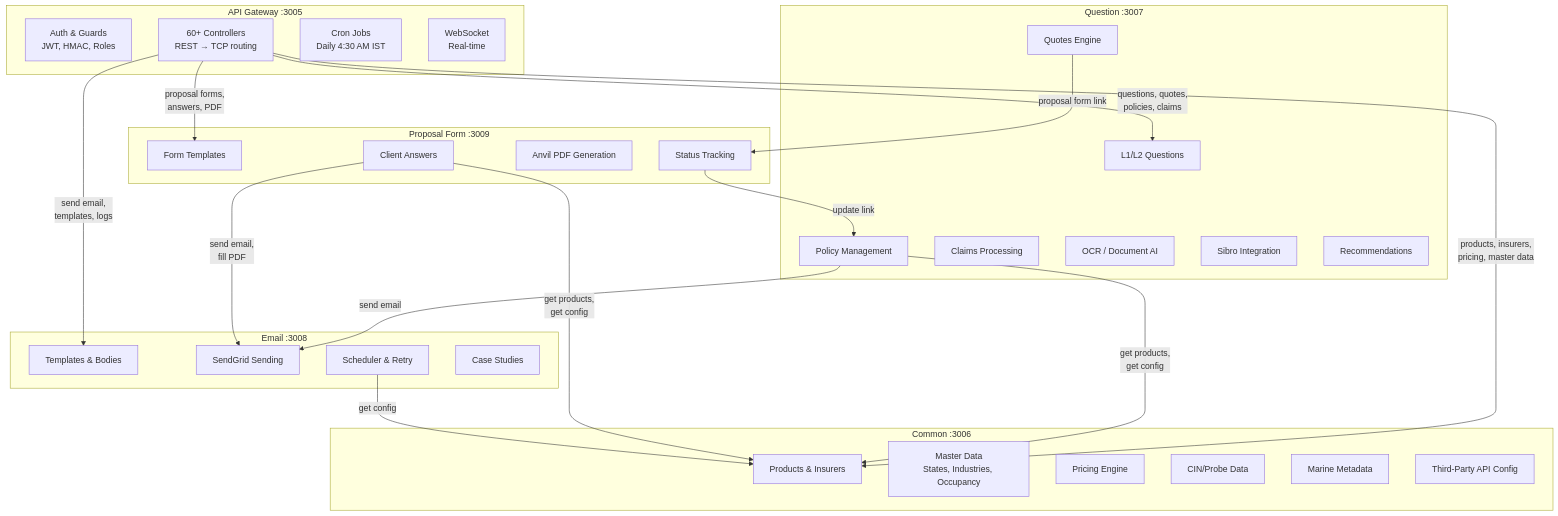
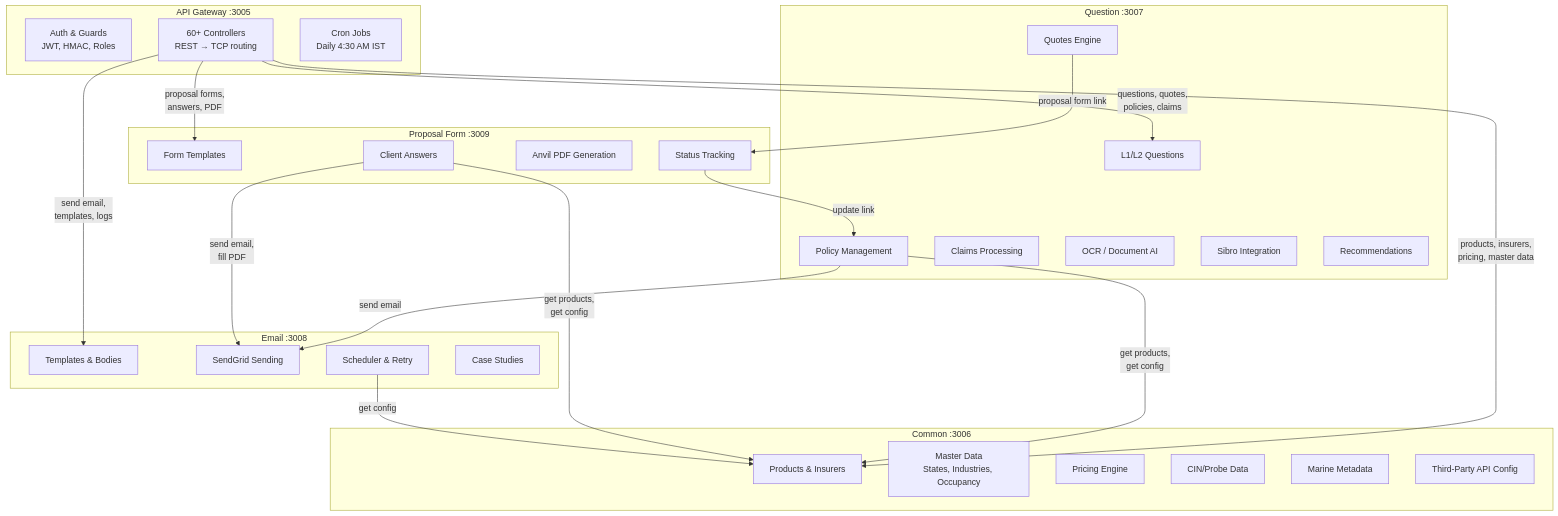
The third of 20 diagrams in ARCHITECTURE.md (aditya1-bk/bk-architecture), drawn with Mermaid before and after one commit. The commit also changed other lines of this file and 13 other files, not shown here.

````diff
--- a/ARCHITECTURE.md
+++ b/ARCHITECTURE.md
@@ -160,57 +213,56 @@
 ```mermaid
 graph TD
     subgraph "API Gateway :3005"
         GW_AUTH["Auth & Guards<br/>JWT, HMAC, Roles"]
         GW_ROUTES["60+ Controllers<br/>REST → TCP routing"]
         GW_CRON["Cron Jobs<br/>Daily 4:30 AM IST"]
-        GW_WS["WebSocket<br/>Real-time"]
     end
 
     subgraph "Common :3006"
         C_PRODUCTS["Products & Insurers"]
         C_MASTER["Master Data<br/>States, Industries, Occupancy"]
         C_PRICING["Pricing Engine"]
         C_CIN["CIN/Probe Data"]
         C_MARINE["Marine Metadata"]
         C_TP["Third-Party API Config"]
     end
 
     subgraph "Question :3007"
         Q_L1L2["L1/L2 Questions"]
         Q_POLICY["Policy Management"]
         Q_QUOTES["Quotes Engine"]
         Q_CLAIMS["Claims Processing"]
         Q_OCR["OCR / Document AI"]
         Q_SIBRO["Sibro Integration"]
         Q_RECO["Recommendations"]
     end
 
     subgraph "Email :3008"
         E_TEMPLATES["Templates & Bodies"]
         E_SEND["SendGrid Sending"]
         E_SCHEDULE["Scheduler & Retry"]
         E_CASE["Case Studies"]
     end
 
     subgraph "Proposal Form :3009"
         P_FORMS["Form Templates"]
         P_ANSWERS["Client Answers"]
         P_PDF["Anvil PDF Generation"]
         P_STATUS["Status Tracking"]
     end
 
     GW_ROUTES -->|"products, insurers,<br/>pricing, master data"| C_PRODUCTS
     GW_ROUTES -->|"questions, quotes,<br/>policies, claims"| Q_L1L2
     GW_ROUTES -->|"send email,<br/>templates, logs"| E_TEMPLATES
     GW_ROUTES -->|"proposal forms,<br/>answers, PDF"| P_FORMS
 
     Q_POLICY -->|"get products,<br/>get config"| C_PRODUCTS
     Q_POLICY -->|"send email"| E_SEND
     Q_QUOTES -->|"proposal form link"| P_STATUS
 
     P_ANSWERS -->|"get products,<br/>get config"| C_PRODUCTS
     P_ANSWERS -->|"send email,<br/>fill PDF"| E_SEND
     P_STATUS -->|"update link"| Q_POLICY
 
     E_SCHEDULE -->|"get config"| C_PRODUCTS
 ```
````
